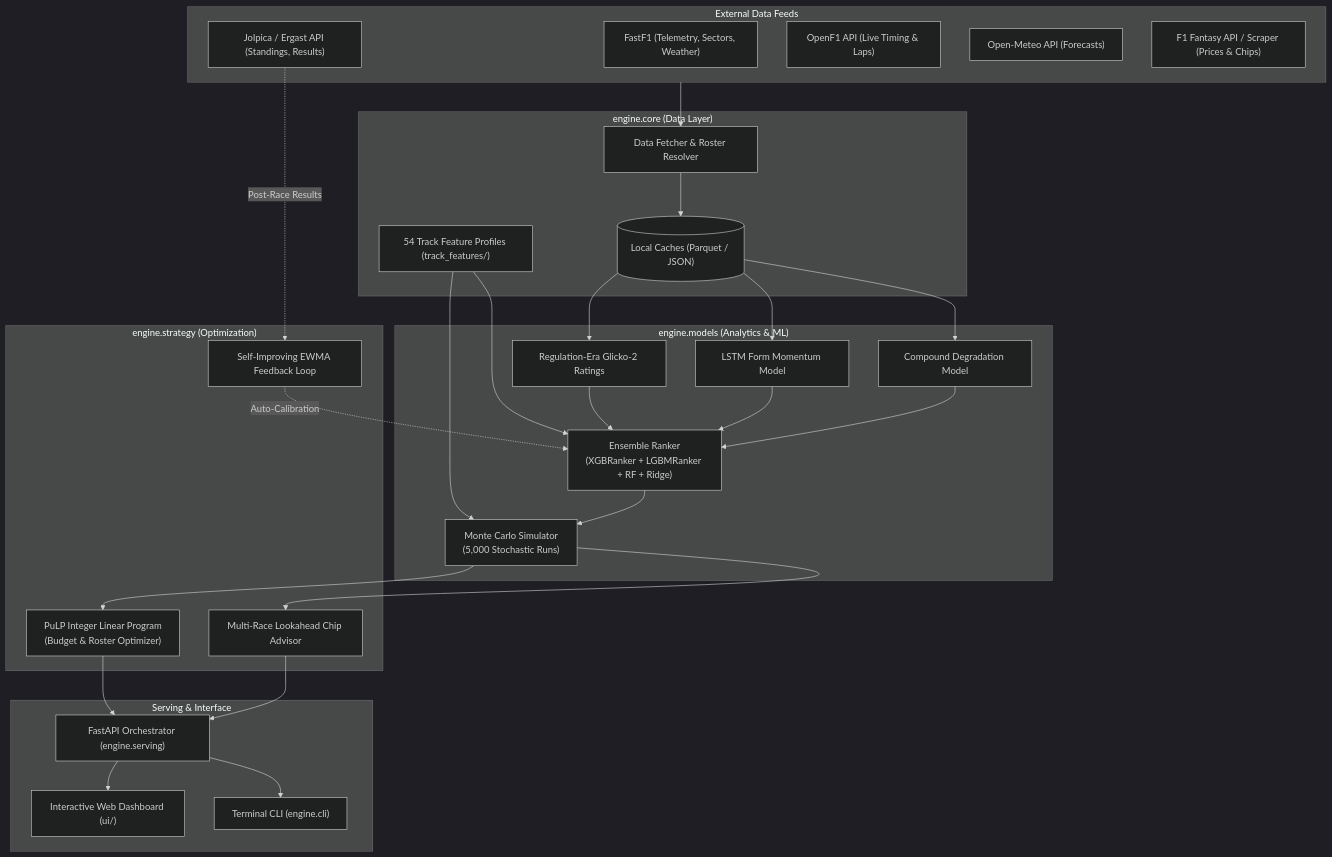
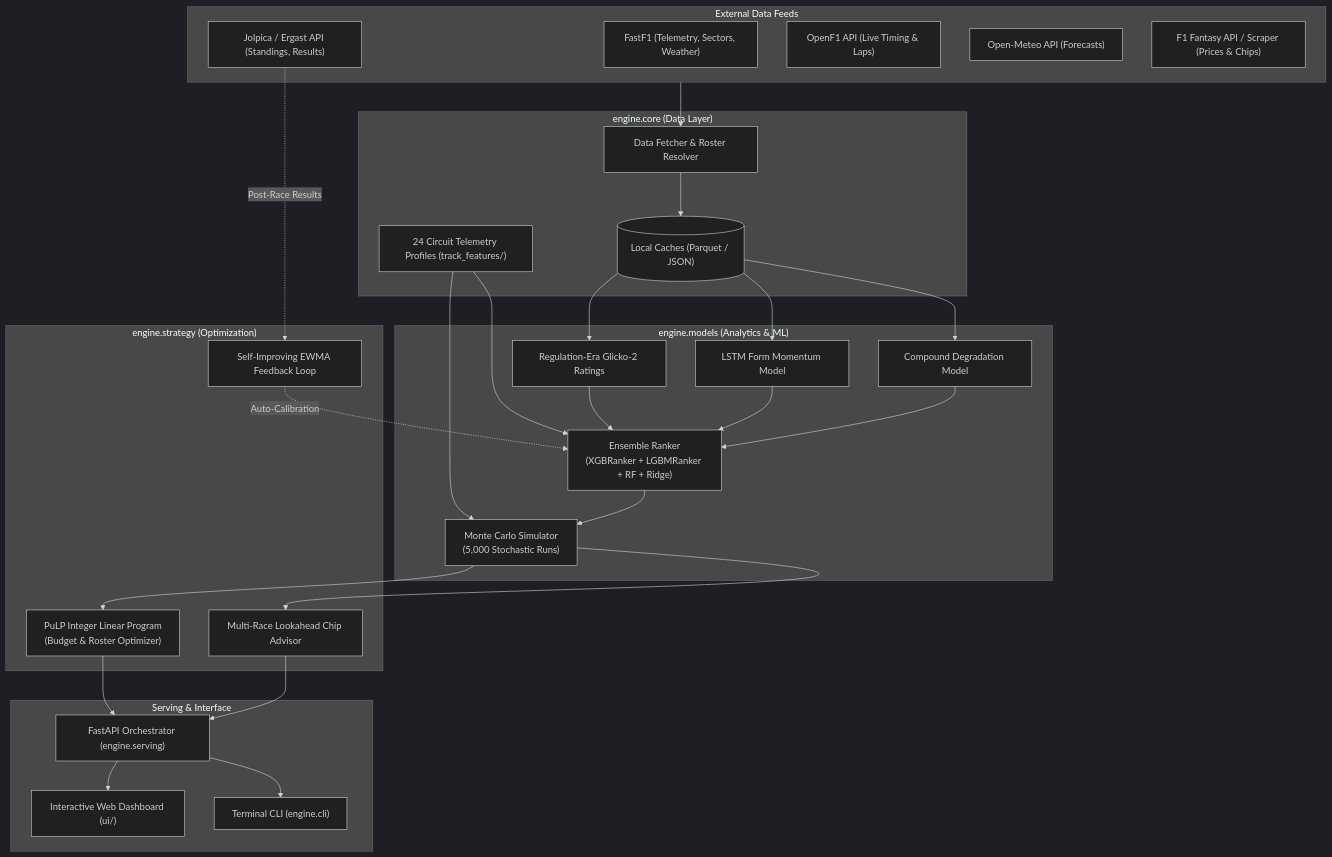
Before and after one commit to Retr0-908/F1-Prediction-engine: the diagram in README.md, drawn with Mermaid (dark theme). The commit also changed other lines of this file, not shown here.

Commit message:
docs: clarify 24 championship circuits vs 54-dimensional ML telemetry feature vector

````diff
--- a/README.md
+++ b/README.md
@@ -94,49 +94,49 @@
 ```mermaid
 flowchart TD
     subgraph DataSources["External Data Feeds"]
         FF1["FastF1 (Telemetry, Sectors, Weather)"]
         JOL["Jolpica / Ergast API (Standings, Results)"]
         OF1["OpenF1 API (Live Timing & Laps)"]
         OM["Open-Meteo API (Forecasts)"]
         F1F["F1 Fantasy API / Scraper (Prices & Chips)"]
     end
 
     subgraph Core["engine.core (Data Layer)"]
         DF["Data Fetcher & Roster Resolver"]
         CACHE[("Local Caches (Parquet / JSON)")]
-        TF["54 Track Feature Profiles (track_features/)"]
+        TF["24 Circuit Telemetry Profiles (track_features/)"]
         DF --> CACHE
     end
 
     subgraph Models["engine.models (Analytics & ML)"]
         GLICKO["Regulation-Era Glicko-2 Ratings"]
         LSTM["LSTM Form Momentum Model"]
         TIRE["Compound Degradation Model"]
         ENS["Ensemble Ranker\n(XGBRanker + LGBMRanker + RF + Ridge)"]
         MC["Monte Carlo Simulator\n(5,000 Stochastic Runs)"]
     end
 
     subgraph Strategy["engine.strategy (Optimization)"]
         PULP["PuLP Integer Linear Program\n(Budget & Roster Optimizer)"]
         CHIP["Multi-Race Lookahead Chip Advisor"]
         FB["Self-Improving EWMA Feedback Loop"]
     end
 
     subgraph Delivery["Serving & Interface"]
         API["FastAPI Orchestrator (engine.serving)"]
         SPA["Interactive Web Dashboard (ui/)"]
         CLI["Terminal CLI (engine.cli)"]
     end
 
     DataSources --> DF
     CACHE --> GLICKO & LSTM & TIRE
     TF --> ENS & MC
     GLICKO & LSTM & TIRE --> ENS
     ENS --> MC
     MC --> PULP & CHIP
     PULP & CHIP --> API
     API --> SPA
     API --> CLI
     JOL -. Post-Race Results .-> FB
     FB -. Auto-Calibration .-> ENS
 ```
````
